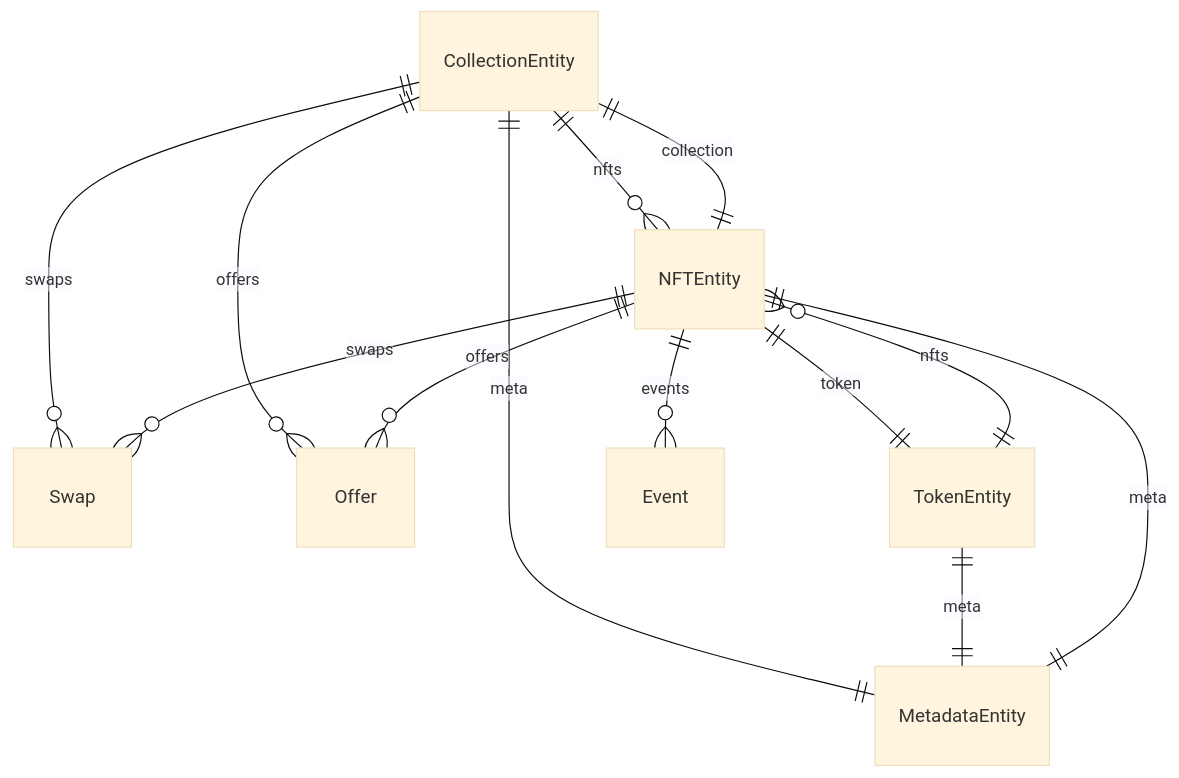
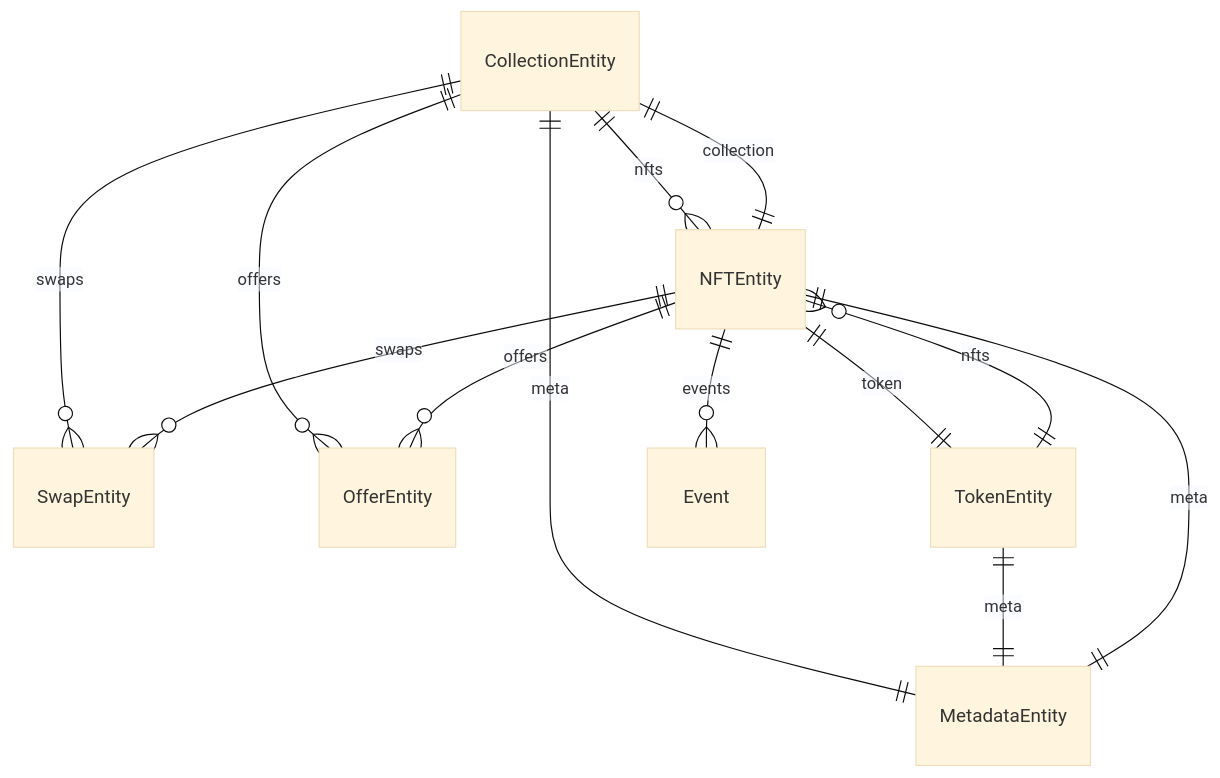
Before and after one commit to w3f/Grants-Program: the diagram in applications/kodadot_assethub_nft_m2.md, drawn with Mermaid (base theme). The commit also changed other lines of this file, not shown here.

Commit message:
:label: :truck: added Entity suffix to Swaps and Offer

````diff
--- a/applications/kodadot_assethub_nft_m2.md
+++ b/applications/kodadot_assethub_nft_m2.md
@@ -52,17 +52,17 @@
 ```mermaid
 erDiagram
     CollectionEntity ||--o{ NFTEntity : "nfts"
     CollectionEntity ||--|| MetadataEntity : "meta"
-    CollectionEntity ||--o{ Swap : "swaps"
-    CollectionEntity ||--o{ Offer : "offers"
+    CollectionEntity ||--o{ SwapEntity : "swaps"
+    CollectionEntity ||--o{ OfferEntity : "offers"
 
     TokenEntity ||--o{ NFTEntity : "nfts"
     TokenEntity ||--|| MetadataEntity : "meta"
 
     NFTEntity ||--o{ Event : "events"
     NFTEntity ||--|| MetadataEntity : "meta"
     NFTEntity ||--|| TokenEntity : "token"
     NFTEntity ||--|| CollectionEntity : "collection"
-    NFTEntity ||--o{ Swap : "swaps"
-    NFTEntity ||--o{ Offer : "offers"
+    NFTEntity ||--o{ SwapEntity : "swaps"
+    NFTEntity ||--o{ OfferEntity : "offers"
 ```
````
